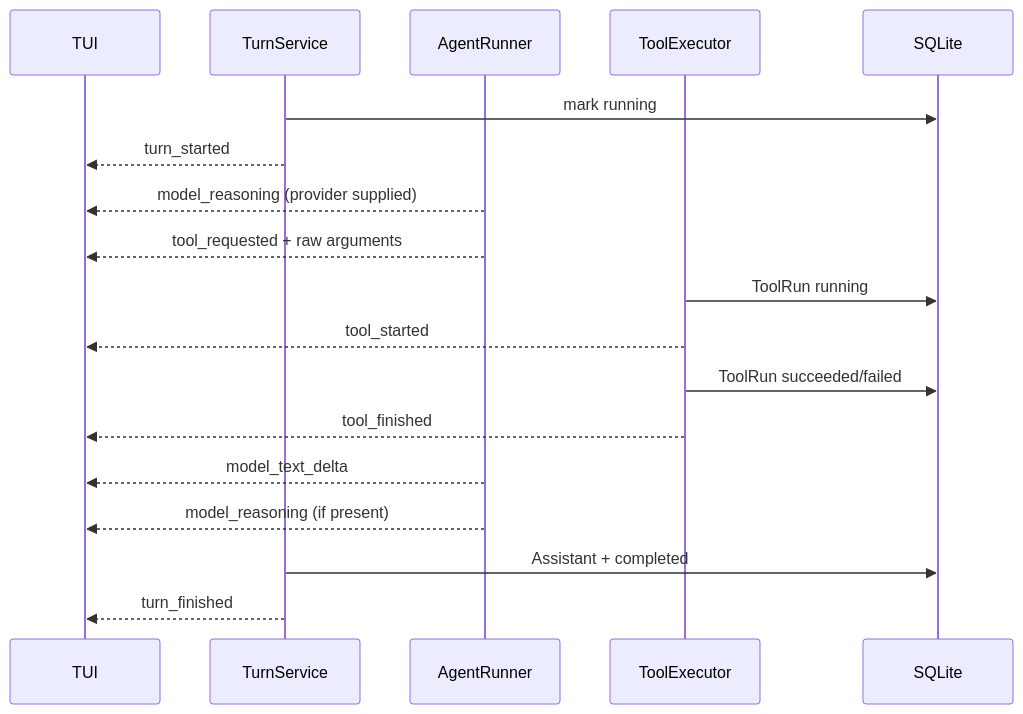
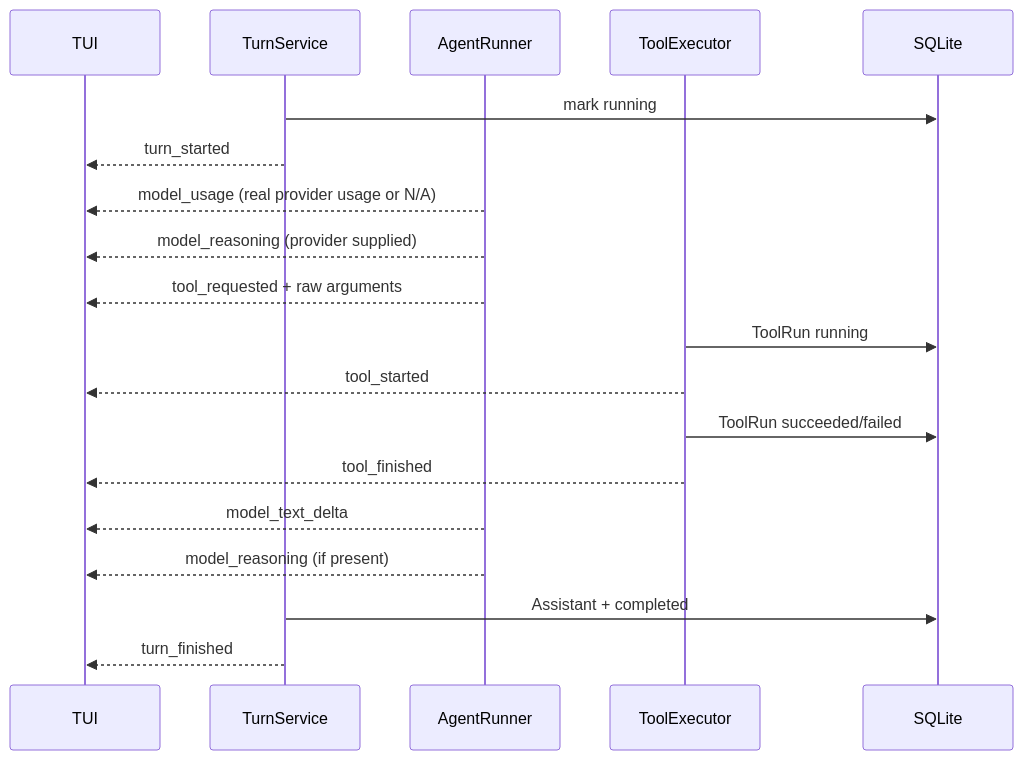
One commit to NEDONION/lobster0 changed the third of 7 diagrams in docs/engineering/phase-2/single-entry-tui.md. Above: the diagram before and after it, drawn with Mermaid. The commit also changed other lines of this file and 18 other files, not shown here.

````diff
--- a/docs/engineering/phase-2/single-entry-tui.md
+++ b/docs/engineering/phase-2/single-entry-tui.md
@@ -124,21 +125,22 @@
 ```mermaid
 sequenceDiagram
     participant UI as TUI
     participant Turn as TurnService
     participant Runner as AgentRunner
     participant Exec as ToolExecutor
     participant DB as SQLite
 
     Turn->>DB: mark running
     Turn-->>UI: turn_started
+    Runner-->>UI: model_usage (real provider usage or N/A)
     Runner-->>UI: model_reasoning (provider supplied)
     Runner-->>UI: tool_requested + raw arguments
     Exec->>DB: ToolRun running
     Exec-->>UI: tool_started
     Exec->>DB: ToolRun succeeded/failed
     Exec-->>UI: tool_finished
     Runner-->>UI: model_text_delta
     Runner-->>UI: model_reasoning (if present)
     Turn->>DB: Assistant + completed
     Turn-->>UI: turn_finished
 ```
````
